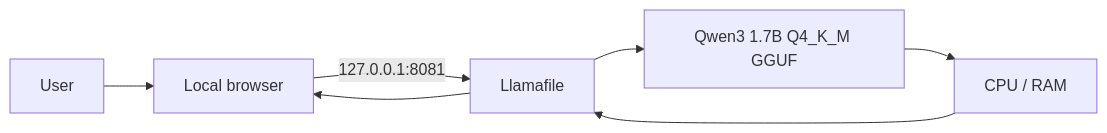
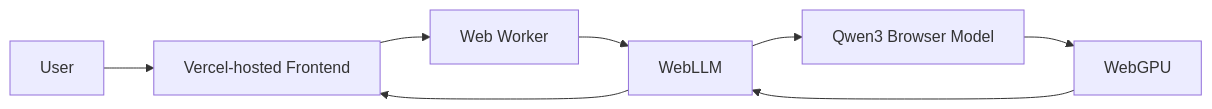
The second of 2 diagrams in docs/ARCHITECTURE.md (Rishikeshsanin/Rishi-AI-BOT1), drawn with Mermaid before and after one commit. The commit also changed other lines of this file, not shown here.

Commit message:
Document offline-first architecture

````diff
--- a/docs/ARCHITECTURE.md
+++ b/docs/ARCHITECTURE.md
@@ -24,9 +63,10 @@
 ```mermaid
 flowchart LR
-    U[User] --> B[Local browser]
-    B -->|127.0.0.1:8081| L[Llamafile]
-    L --> M[Qwen3 1.7B Q4_K_M GGUF]
-    M --> C[CPU / RAM]
-    C --> L
-    L --> B
+    U[User] --> V[Vercel-hosted Frontend]
+    V --> W[Web Worker]
+    W --> L[WebLLM]
+    L --> M[Qwen3 Browser Model]
+    M --> G[WebGPU]
+    G --> L
+    L --> V
 ```
````
